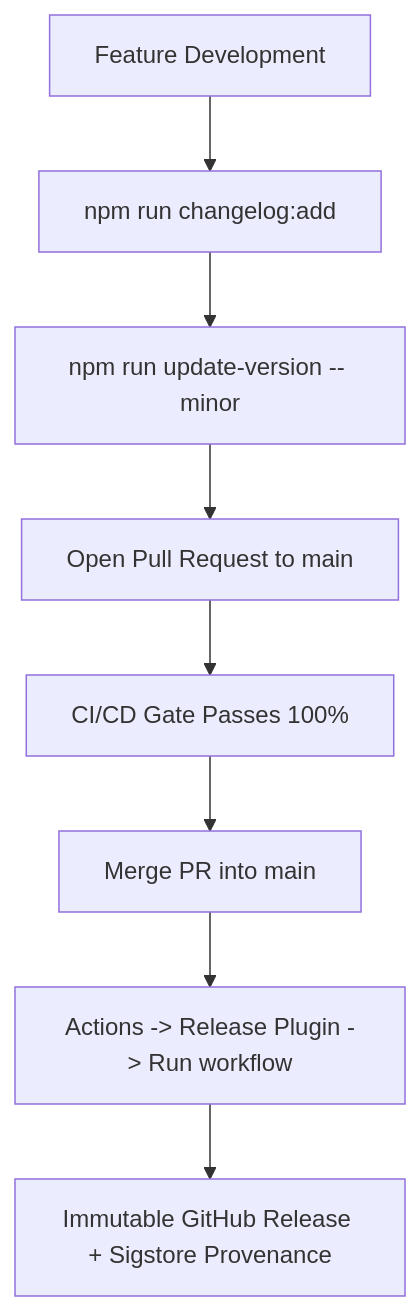
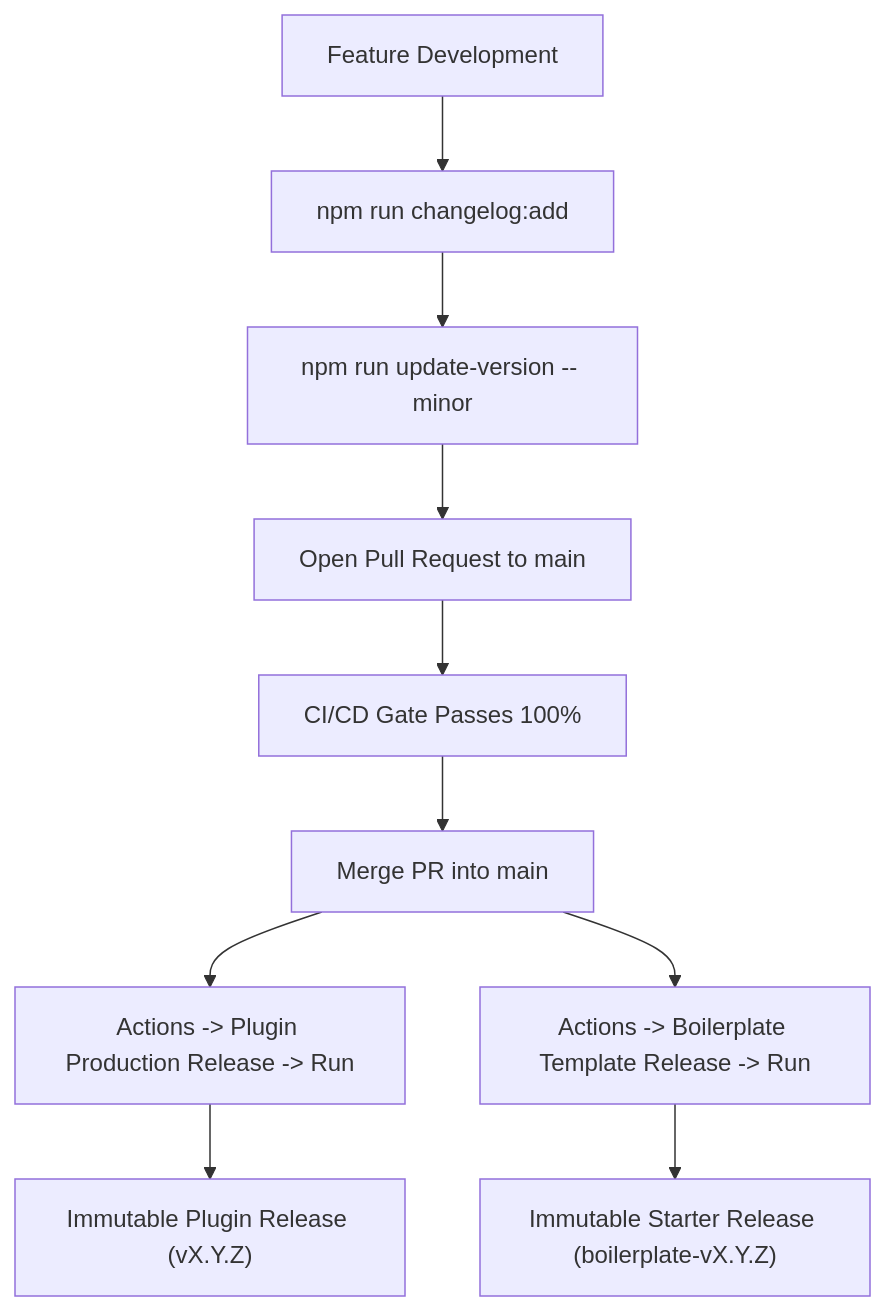
The diagram in docs/devops/releasing-and-distribution.md (blackandcode/ai-ready-wp-plugin-boilerplate), drawn with Mermaid before and after one commit. The commit also changed other lines of this file and 57 other files, not shown here.

````diff
--- a/docs/devops/releasing-and-distribution.md
+++ b/docs/devops/releasing-and-distribution.md
@@ -15,10 +35,12 @@
 ```mermaid
 flowchart TD
     Dev["Feature Development"] --> StagedNotes["npm run changelog:add"]
     StagedNotes --> Bump["npm run update-version -- minor"]
     Bump --> PR["Open Pull Request to main"]
     PR --> CI["CI/CD Gate Passes 100%"]
     CI --> Merge["Merge PR into main"]
-    Merge --> Dispatch["Actions -> Release Plugin -> Run workflow"]
-    Dispatch --> Release["Immutable GitHub Release + Sigstore Provenance"]
+    Merge --> DispatchA["Actions -> Plugin Production Release -> Run"]
+    Merge --> DispatchB["Actions -> Boilerplate Template Release -> Run"]
+    DispatchA --> ReleaseA["Immutable Plugin Release (vX.Y.Z)"]
+    DispatchB --> ReleaseB["Immutable Starter Release (boilerplate-vX.Y.Z)"]
 ```
````
